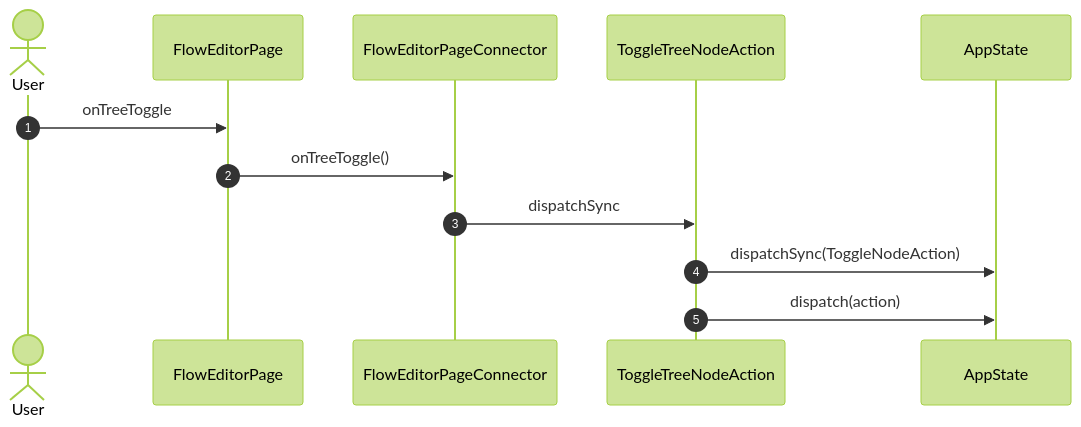
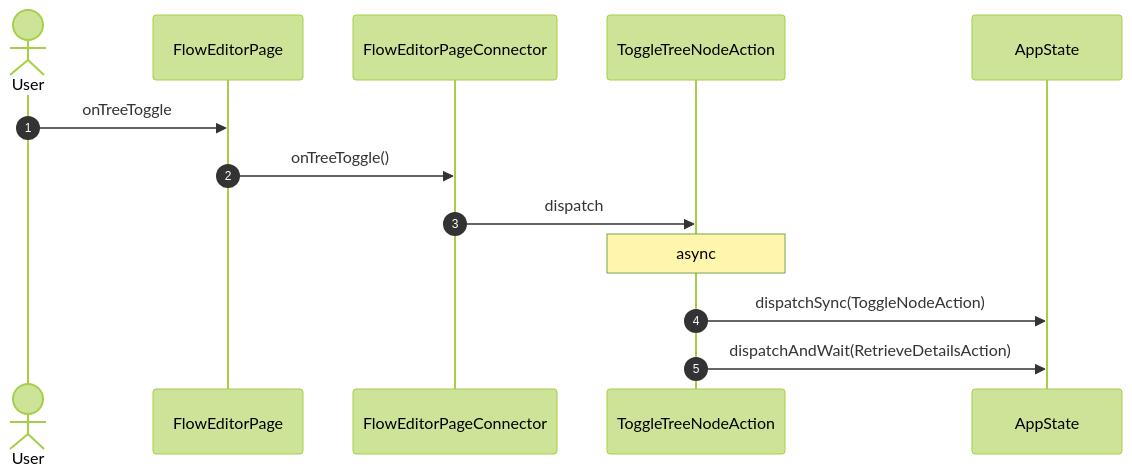
Before and after one commit to gencto/wyrm: the second of 41 diagrams in studio/docs/flows/flowEditor.md, drawn with Mermaid (forest theme). The commit also changed other lines of this file and 52 other files, not shown here.

````diff
--- a/studio/docs/flows/flowEditor.md
+++ b/studio/docs/flows/flowEditor.md
@@ -27,15 +26,16 @@
 ```mermaid
 sequenceDiagram
     autonumber
     actor User
     participant UI as FlowEditorPage
     participant VM as FlowEditorPageConnector
     participant A1 as ToggleTreeNodeAction
     participant ST as AppState
 
     User->>UI: onTreeToggle
     UI->>VM: onTreeToggle()
-    VM->>A1: dispatchSync
+    VM->>A1: dispatch
+    Note over A1: async
     A1->>ST: dispatchSync(ToggleNodeAction)
-    A1->>ST: dispatch(action)
+    A1->>ST: dispatchAndWait(RetrieveDetailsAction)
 ```
````
